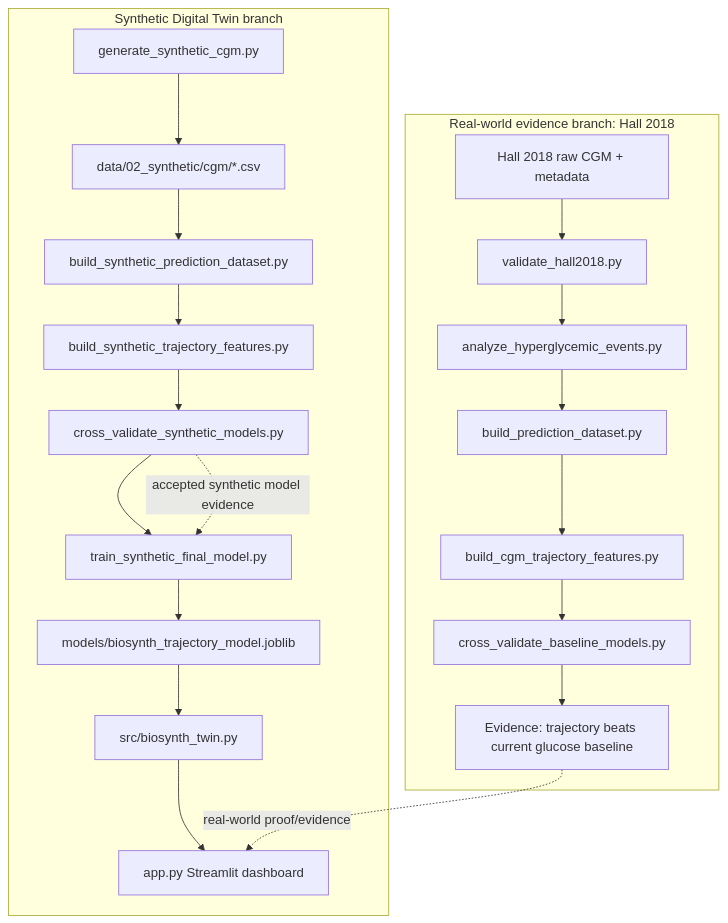
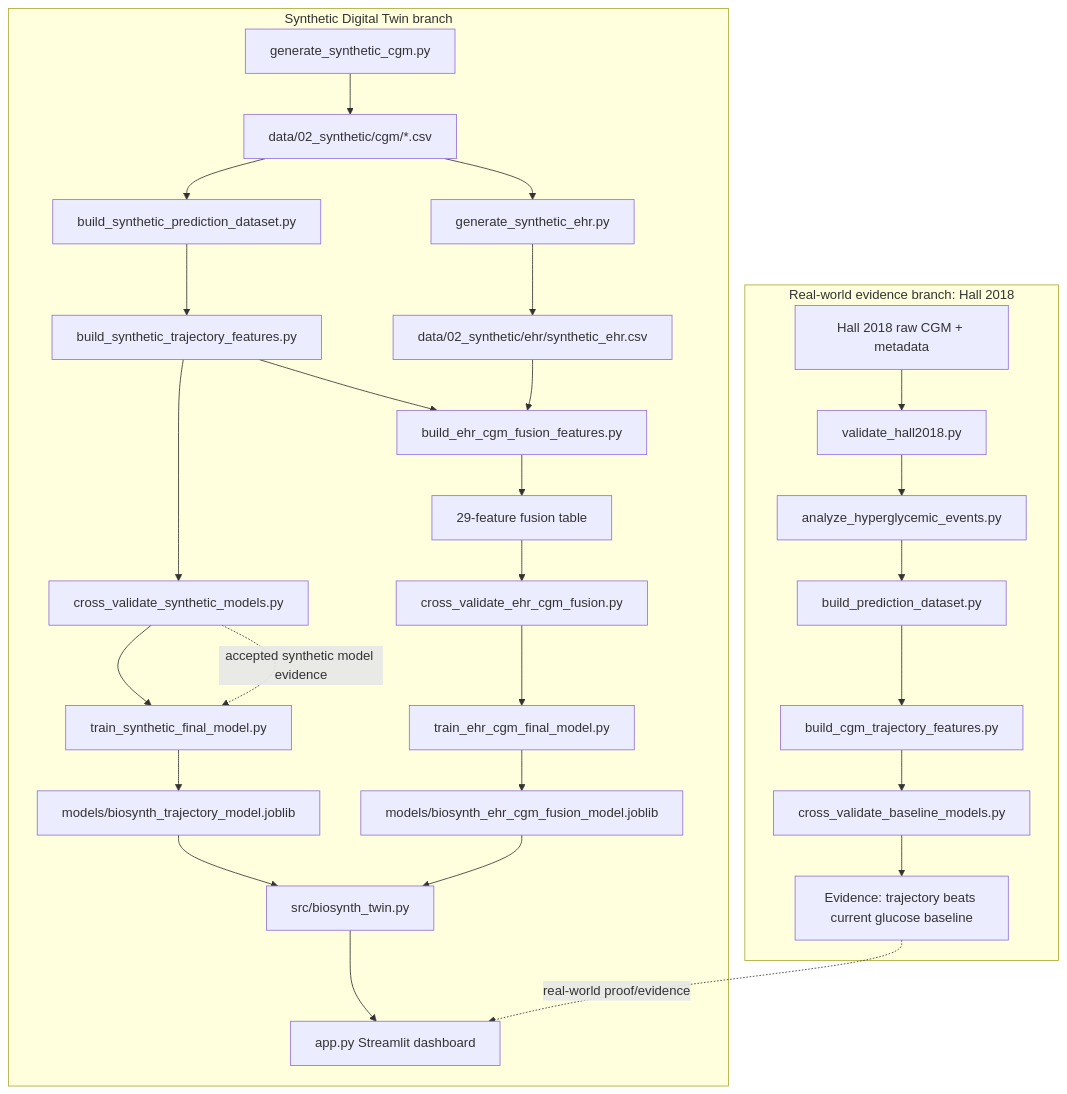
One commit to Fermisloth/BioSynth---A-Digital-Twin changed the diagram in docs/BIOSYNTH_TECHNICAL_GUIDE.md. Above: the diagram before and after it, drawn with Mermaid. The commit also changed other lines of this file and 6 other files, not shown here.

````diff
--- a/docs/BIOSYNTH_TECHNICAL_GUIDE.md
+++ b/docs/BIOSYNTH_TECHNICAL_GUIDE.md
@@ -41,25 +41,34 @@
 ```mermaid
 flowchart TD
   subgraph A[Real-world evidence branch: Hall 2018]
     H1[Hall 2018 raw CGM + metadata] --> H2[validate_hall2018.py]
     H2 --> H3[analyze_hyperglycemic_events.py]
     H3 --> H4[build_prediction_dataset.py]
     H4 --> H5[build_cgm_trajectory_features.py]
     H5 --> H6[cross_validate_baseline_models.py]
     H6 --> H7[Evidence: trajectory beats current glucose baseline]
   end
 
   subgraph B[Synthetic Digital Twin branch]
     S1[generate_synthetic_cgm.py] --> S2[data/02_synthetic/cgm/*.csv]
     S2 --> S3[build_synthetic_prediction_dataset.py]
     S3 --> S4[build_synthetic_trajectory_features.py]
+    S2 --> E1[generate_synthetic_ehr.py]
+    E1 --> E2[data/02_synthetic/ehr/synthetic_ehr.csv]
+    S4 --> F1[build_ehr_cgm_fusion_features.py]
+    E2 --> F1
+    F1 --> F2[29-feature fusion table]
     S4 --> S5[cross_validate_synthetic_models.py]
+    F2 --> F3[cross_validate_ehr_cgm_fusion.py]
     S5 --> S6[train_synthetic_final_model.py]
+    F3 --> F4[train_ehr_cgm_final_model.py]
     S6 --> S7[models/biosynth_trajectory_model.joblib]
+    F4 --> F5[models/biosynth_ehr_cgm_fusion_model.joblib]
     S7 --> S8[src/biosynth_twin.py]
+    F5 --> S8
     S8 --> S9[app.py Streamlit dashboard]
   end
 
   H7 -. real-world proof/evidence .-> S9
   S5 -. accepted synthetic model evidence .-> S6
 ```
````
